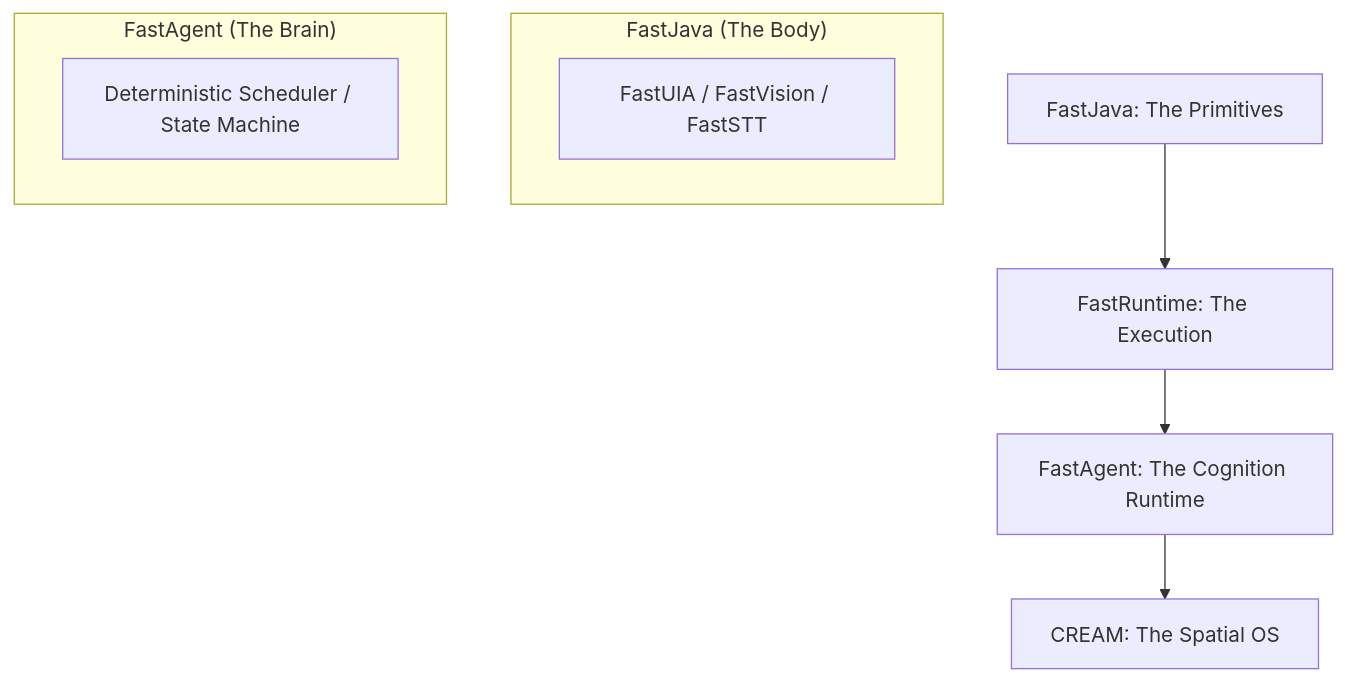
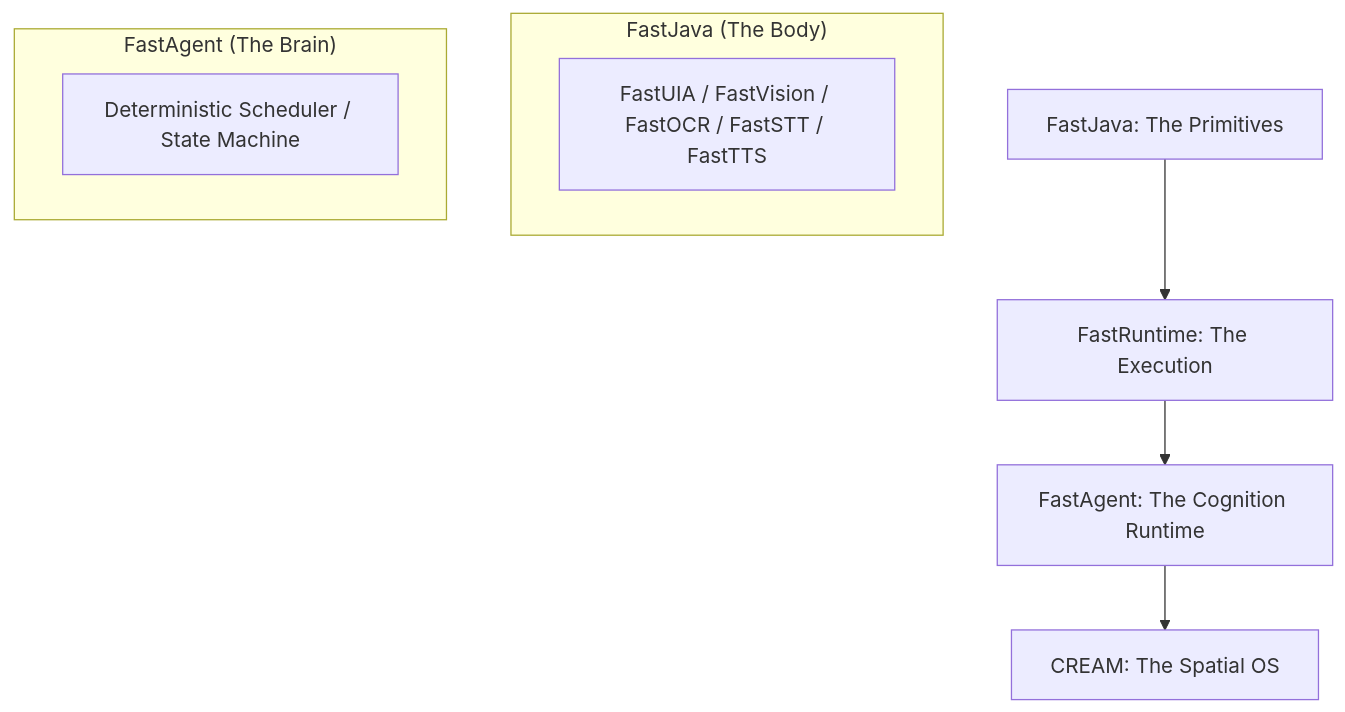
One commit to andrestubbe/FastAgent changed the first of 2 diagrams in README.md. Above: the diagram before and after it, drawn with Mermaid. The commit also changed other lines of this file, not shown here.

Commit message:
Ultimate Fusion: Integrated all Architectural, Visionary & Technical components

````diff
--- a/README.md
+++ b/README.md
@@ -30,14 +32,14 @@
 ```mermaid
 graph TD
     A[FastJava: The Primitives] --> B[FastRuntime: The Execution]
     B --> C[FastAgent: The Cognition Runtime]
     C --> D[CREAM: The Spatial OS]
     
     subgraph "FastJava (The Body)"
-    A1[FastUIA / FastVision / FastSTT]
+    A1[FastUIA / FastVision / FastOCR / FastSTT / FastTTS]
     end
     
     subgraph "FastAgent (The Brain)"
     C1[Deterministic Scheduler / State Machine]
     end
 ```
````
